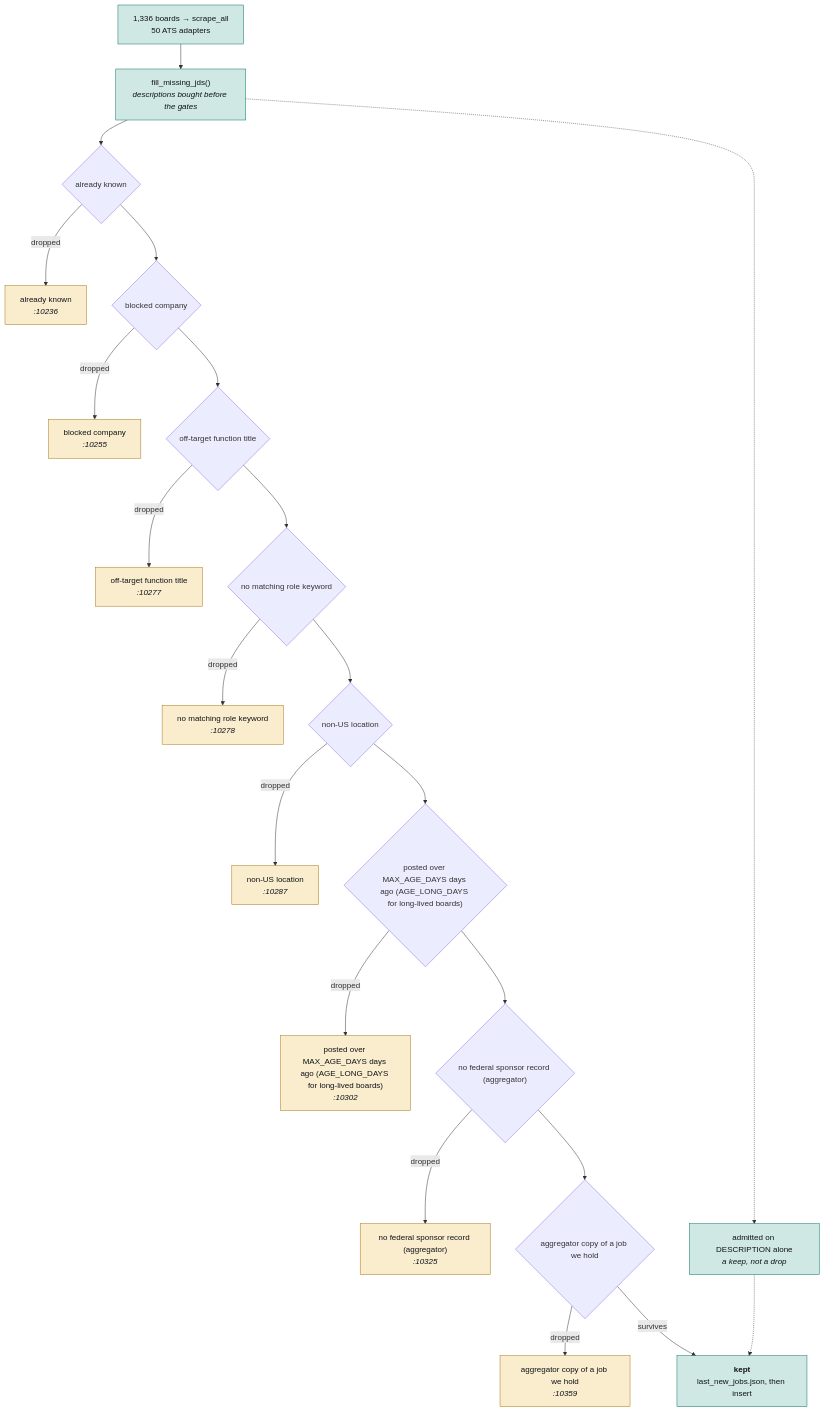
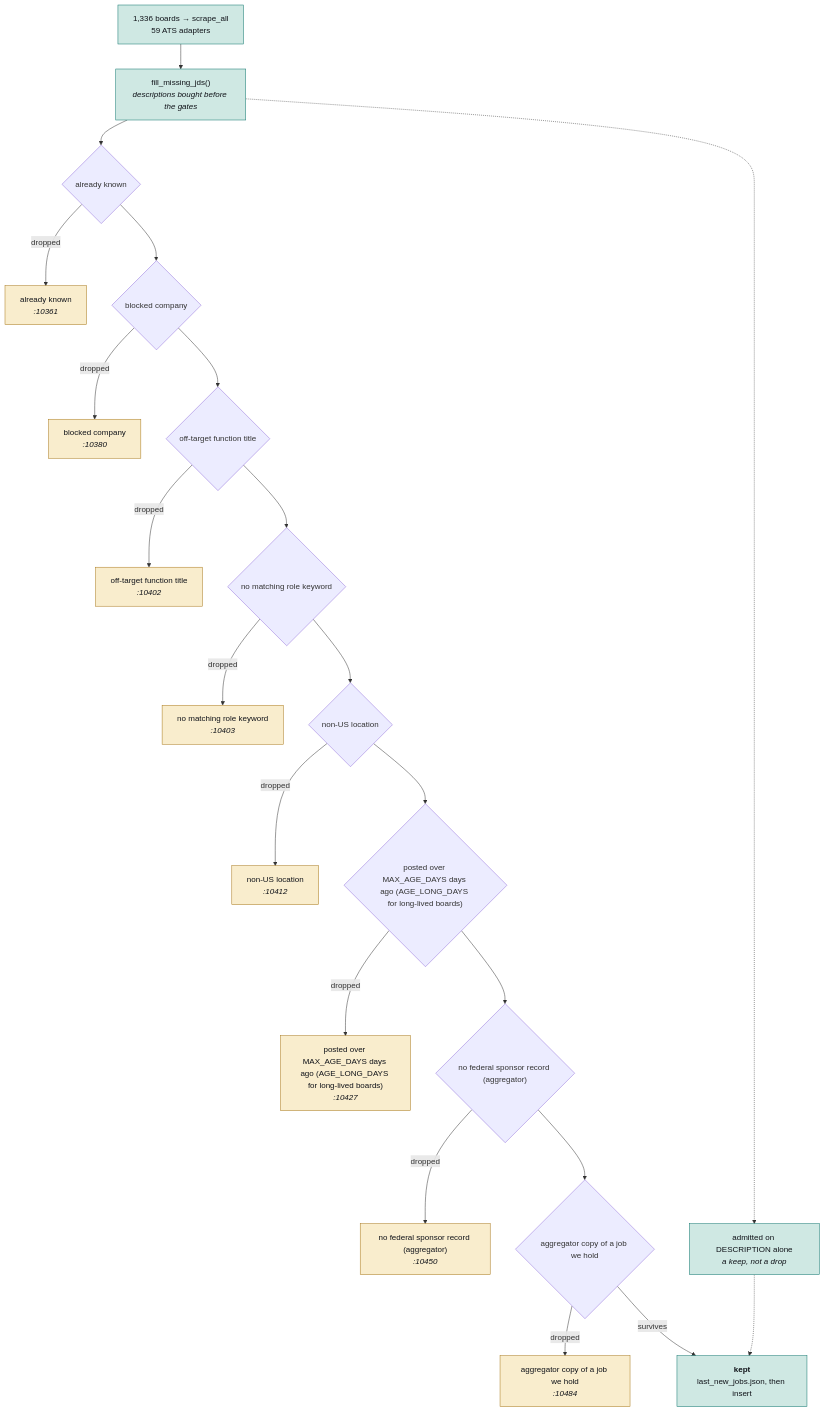
Before and after one commit to hadakunal909-debug/job-search-tool: the second of 4 diagrams in JobMatch Scraper/docs/ARCHITECTURE.md, drawn with Mermaid. The commit also changed other lines of this file and 36 other files, not shown here.

````diff
--- a/JobMatch Scraper/docs/ARCHITECTURE.md
+++ b/JobMatch Scraper/docs/ARCHITECTURE.md
@@ -127,54 +127,54 @@
 ```mermaid
 flowchart TB
-  SRC["1,336 boards → scrape_all<br/>50 ATS adapters"]
+  SRC["1,336 boards → scrape_all<br/>59 ATS adapters"]
   JD["fill_missing_jds()<br/><i>descriptions bought before the gates</i>"]
   SRC --> JD
   G0{"already known"}
-  D0["already known<br/><i>:10236</i>"]
+  D0["already known<br/><i>:10361</i>"]
   JD --> G0
   G0 -->|dropped| D0
   class D0 trap
   G1{"blocked company"}
-  D1["blocked company<br/><i>:10255</i>"]
+  D1["blocked company<br/><i>:10380</i>"]
   G0 --> G1
   G1 -->|dropped| D1
   class D1 trap
   G2{"off-target function title"}
-  D2["off-target function title<br/><i>:10277</i>"]
+  D2["off-target function title<br/><i>:10402</i>"]
   G1 --> G2
   G2 -->|dropped| D2
   class D2 trap
   G3{"no matching role keyword"}
-  D3["no matching role keyword<br/><i>:10278</i>"]
+  D3["no matching role keyword<br/><i>:10403</i>"]
   G2 --> G3
   G3 -->|dropped| D3
   class D3 trap
   G4{"non-US location"}
-  D4["non-US location<br/><i>:10287</i>"]
+  D4["non-US location<br/><i>:10412</i>"]
   G3 --> G4
   G4 -->|dropped| D4
   class D4 trap
   G5{"posted over MAX_AGE_DAYS days ago (AGE_LONG_DAYS for long-lived boards)"}
-  D5["posted over MAX_AGE_DAYS days ago (AGE_LONG_DAYS for long-lived boards)<br/><i>:10302</i>"]
+  D5["posted over MAX_AGE_DAYS days ago (AGE_LONG_DAYS for long-lived boards)<br/><i>:10427</i>"]
   G4 --> G5
   G5 -->|dropped| D5
   class D5 trap
   G6{"no federal sponsor record (aggregator)"}
-  D6["no federal sponsor record (aggregator)<br/><i>:10325</i>"]
+  D6["no federal sponsor record (aggregator)<br/><i>:10450</i>"]
   G5 --> G6
   G6 -->|dropped| D6
   class D6 trap
   G7{"aggregator copy of a job we hold"}
-  D7["aggregator copy of a job we hold<br/><i>:10359</i>"]
+  D7["aggregator copy of a job we hold<br/><i>:10484</i>"]
   G6 --> G7
   G7 -->|dropped| D7
   class D7 trap
   KEEP["<b>kept</b><br/>last_new_jobs.json, then insert"]
   G7 -->|survives| KEEP
   RESCUE["admitted on DESCRIPTION alone<br/><i>a keep, not a drop</i>"]
   JD -.-> RESCUE
   RESCUE -.-> KEEP
   classDef trap fill:#f9edcd,stroke:#a8781a,color:#101319
   classDef sched fill:#cfe8e3,stroke:#0f766e,color:#101319
   class SRC,JD,KEEP,RESCUE sched
 ```
````
